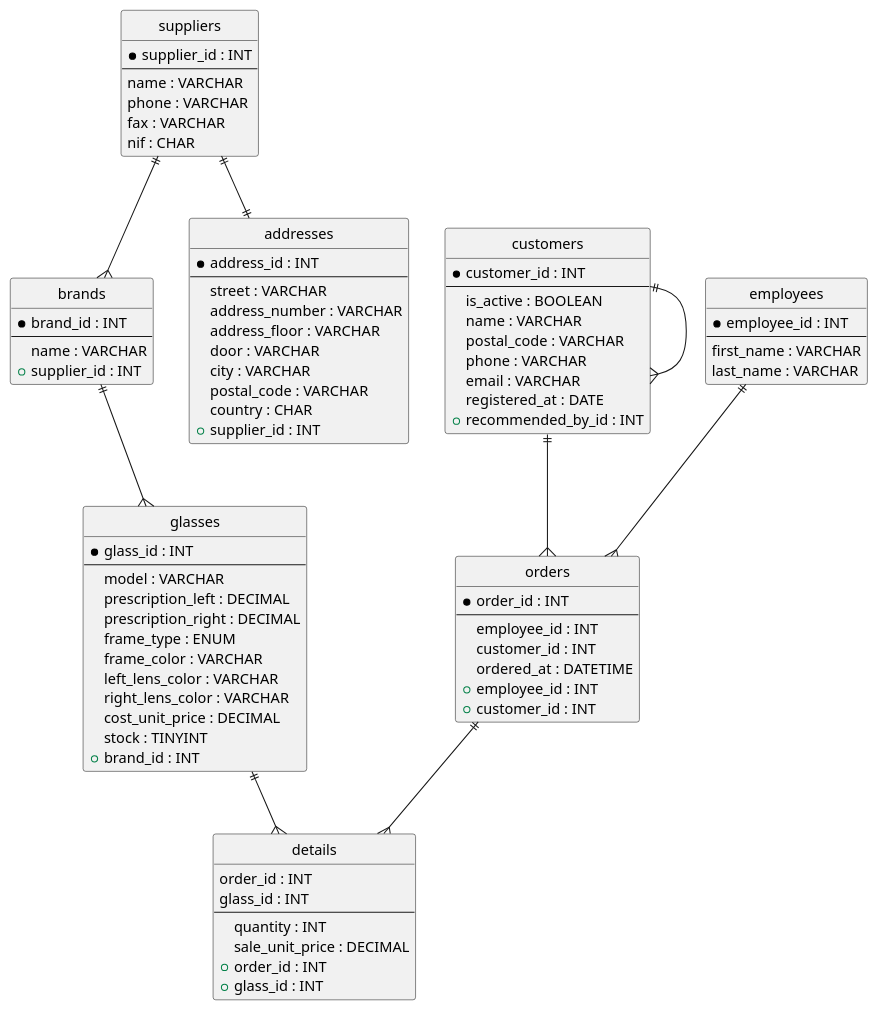
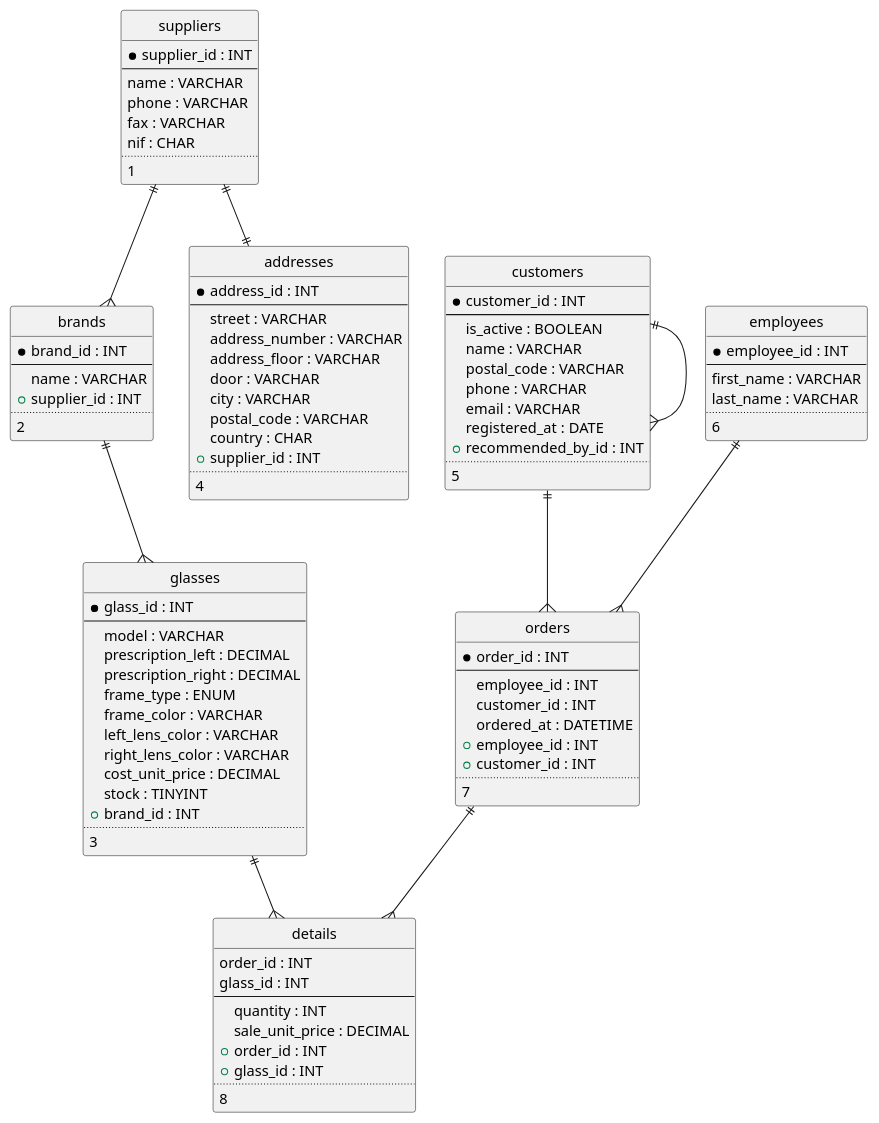
Before and after one commit to alangiralt-dot/mysql-estructura: the diagram in optica/optics.puml, drawn with PlantUML. The commit also changed 1 other file, not shown here.

```diff
--- a/optica/optics.puml
+++ b/optica/optics.puml
@@ -1,86 +1,102 @@
 @startuml
 hide circle
 entity "suppliers" {
 * supplier_id : INT
 --
 name : VARCHAR
 phone : VARCHAR
 fax : VARCHAR
 nif : CHAR
+..
+1
 }
 entity "brands" {
 * brand_id : INT
 --
 name : VARCHAR
 + supplier_id : INT
+..
+2
 }
 entity "glasses" {
 * glass_id : INT
 --
 model : VARCHAR
 prescription_left : DECIMAL
 prescription_right : DECIMAL
 frame_type : ENUM
 frame_color : VARCHAR
 left_lens_color : VARCHAR
 right_lens_color : VARCHAR
 cost_unit_price : DECIMAL
 stock : TINYINT
 + brand_id : INT
+..
+3
 }
 entity "addresses" {
 * address_id : INT
 --
 street : VARCHAR
 address_number : VARCHAR
 address_floor : VARCHAR
 door : VARCHAR
 city : VARCHAR
 postal_code : VARCHAR
 country : CHAR
 + supplier_id : INT
+..
+4
 }
 entity "customers" {
 * customer_id : INT
 --
 is_active : BOOLEAN
 name : VARCHAR
 postal_code : VARCHAR
 phone : VARCHAR
 email : VARCHAR
 registered_at : DATE
 + recommended_by_id : INT
+..
+5
 }
 entity "employees" {
 * employee_id : INT
 --
 first_name : VARCHAR
 last_name : VARCHAR
+..
+6
 }
 entity "orders" {
 * order_id : INT
 --
 employee_id : INT
 customer_id : INT
 ordered_at : DATETIME
 + employee_id : INT
 + customer_id : INT
+..
+7
 }
 entity "details" {
 order_id : INT
 glass_id : INT
 --
 quantity : INT
 sale_unit_price : DECIMAL
 + order_id : INT
 + glass_id : INT
+..
+8
 }
 suppliers ||--{ brands
 brands ||--{ glasses
 suppliers ||--|| addresses
 customers ||--{ customers
 customers ||--{ orders
 employees ||--{ orders
 orders ||--{ details
 glasses ||--{ details
 @enduml
```
